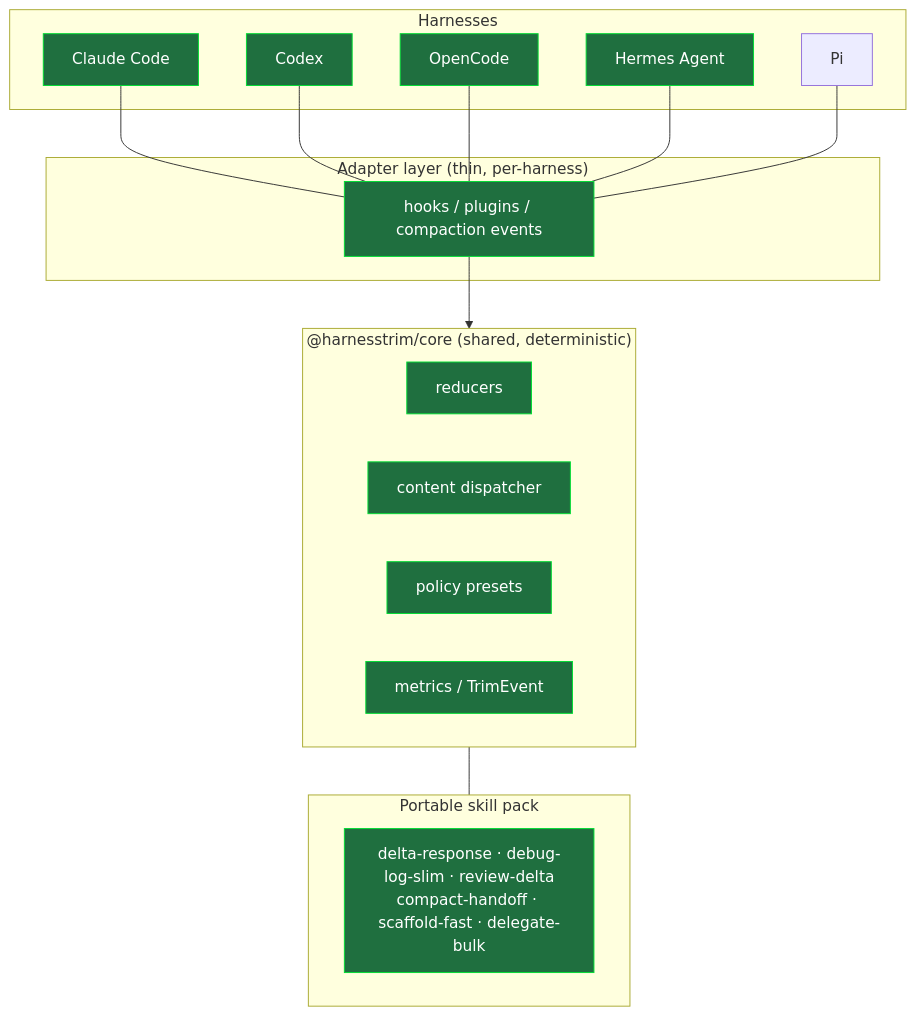
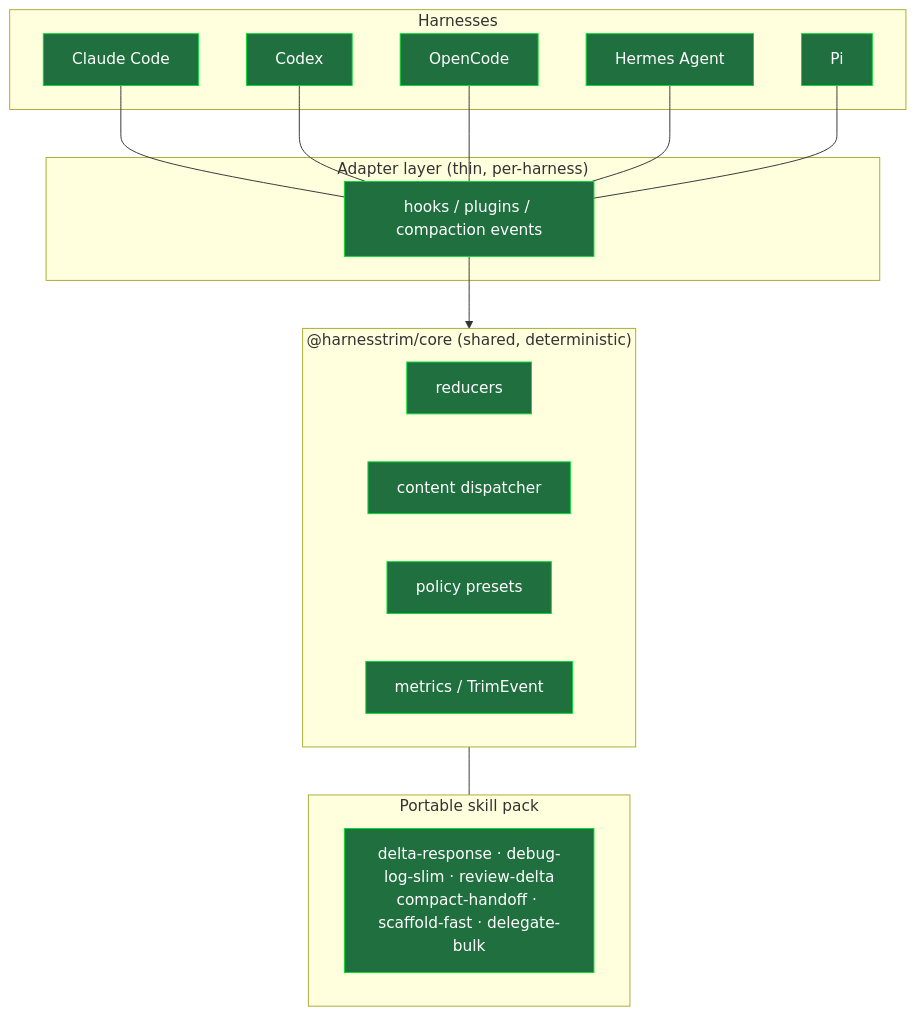
Before and after one commit to giuliastro/HarnessTrim: the first of 5 diagrams in README.md, drawn with Mermaid. The commit also changed other lines of this file and 12 other files, not shown here.

````diff
--- a/README.md
+++ b/README.md
@@ -42,36 +42,36 @@
 ```mermaid
 flowchart TB
     subgraph Harnesses
         CC[Claude Code]
         CX[Codex]
         OC[OpenCode]
         HM[Hermes Agent]
         PI[Pi]
     end
 
     subgraph Adapters["Adapter layer (thin, per-harness)"]
         A1[hooks / plugins / compaction events]
     end
 
     subgraph Core["@harnesstrim/core (shared, deterministic)"]
         R[reducers]
         D[content dispatcher]
         P[policy presets]
         M[metrics / TrimEvent]
     end
 
     subgraph Skills["Portable skill pack"]
         S[delta-response · debug-log-slim · review-delta<br/>compact-handoff · scaffold-fast · delegate-bulk]
     end
 
     CC --- A1
     CX --- A1
     OC --- A1
     HM --- A1
     PI --- A1
     A1 --> Core
     Core --- Skills
 
     classDef done fill:#1f6f3f,stroke:#0d3,color:#fff;
-    class CC,CX,OC,HM,A1,R,D,P,M,S done;
+    class CC,CX,OC,HM,PI,A1,R,D,P,M,S done;
 ```
````
